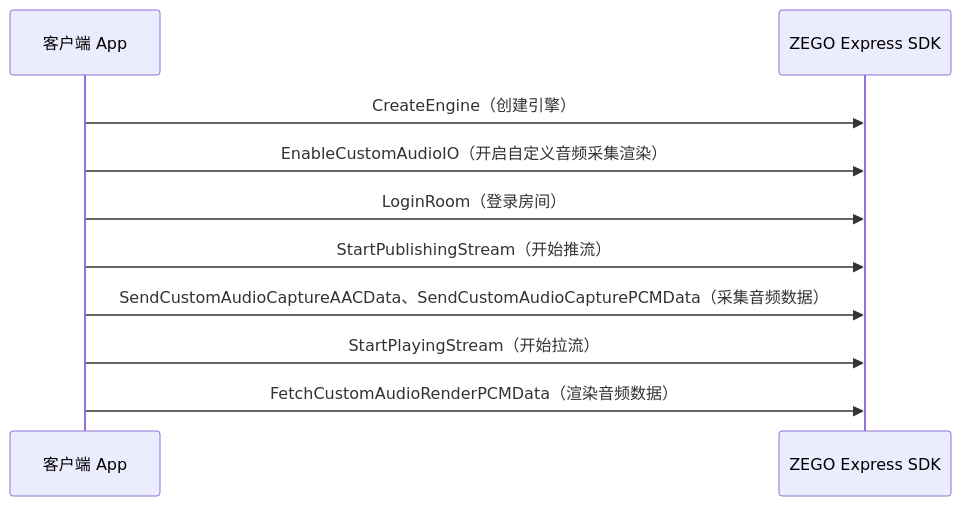
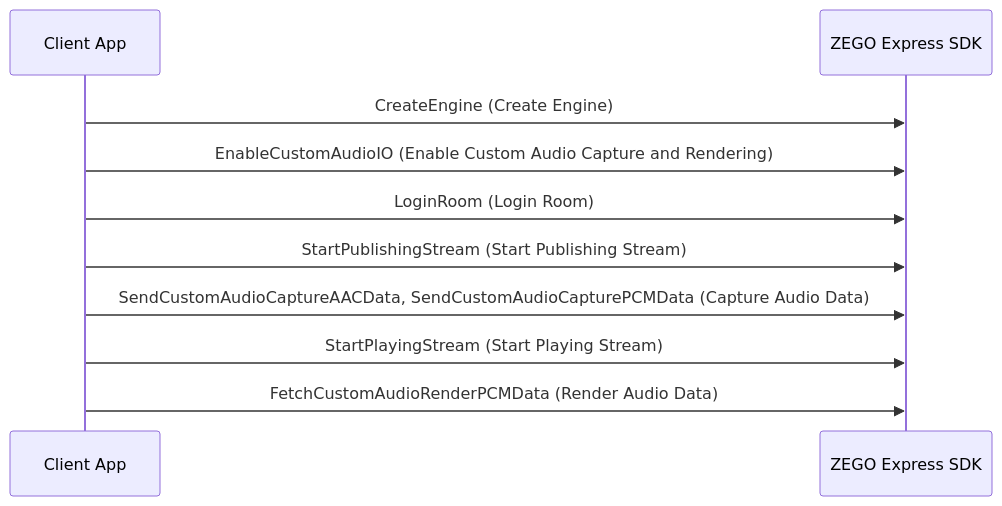
Before and after one commit to ZEGOCLOUD/docs_all: the diagram in core_products/real-time-voice-video/en/u3d-cs/audio/custom-audio-capture-and-rendering.mdx, drawn with Mermaid. The commit also changed other lines of this file and 44 other files, not shown here.

````diff
--- a/core_products/real-time-voice-video/en/u3d-cs/audio/custom-audio-capture-and-rendering.mdx
+++ b/core_products/real-time-voice-video/en/u3d-cs/audio/custom-audio-capture-and-rendering.mdx
@@ -48,13 +48,13 @@
 ```mermaid
 sequenceDiagram
-    participant Client as 客户端 App
+    participant Client as Client App
     participant SDK as ZEGO Express SDK
 
-    Client->>SDK: CreateEngine（创建引擎）
-    Client->>SDK: EnableCustomAudioIO（开启自定义音频采集渲染）
-    Client->>SDK: LoginRoom（登录房间）
-    Client->>SDK: StartPublishingStream（开始推流）
-    Client->>SDK: SendCustomAudioCaptureAACData、SendCustomAudioCapturePCMData（采集音频数据）
-    Client->>SDK: StartPlayingStream（开始拉流）
-    Client->>SDK: FetchCustomAudioRenderPCMData（渲染音频数据）
+    Client->>SDK: CreateEngine (Create Engine)
+    Client->>SDK: EnableCustomAudioIO (Enable Custom Audio Capture and Rendering)
+    Client->>SDK: LoginRoom (Login Room)
+    Client->>SDK: StartPublishingStream (Start Publishing Stream)
+    Client->>SDK: SendCustomAudioCaptureAACData, SendCustomAudioCapturePCMData (Capture Audio Data)
+    Client->>SDK: StartPlayingStream (Start Playing Stream)
+    Client->>SDK: FetchCustomAudioRenderPCMData (Render Audio Data)
 ```
````
